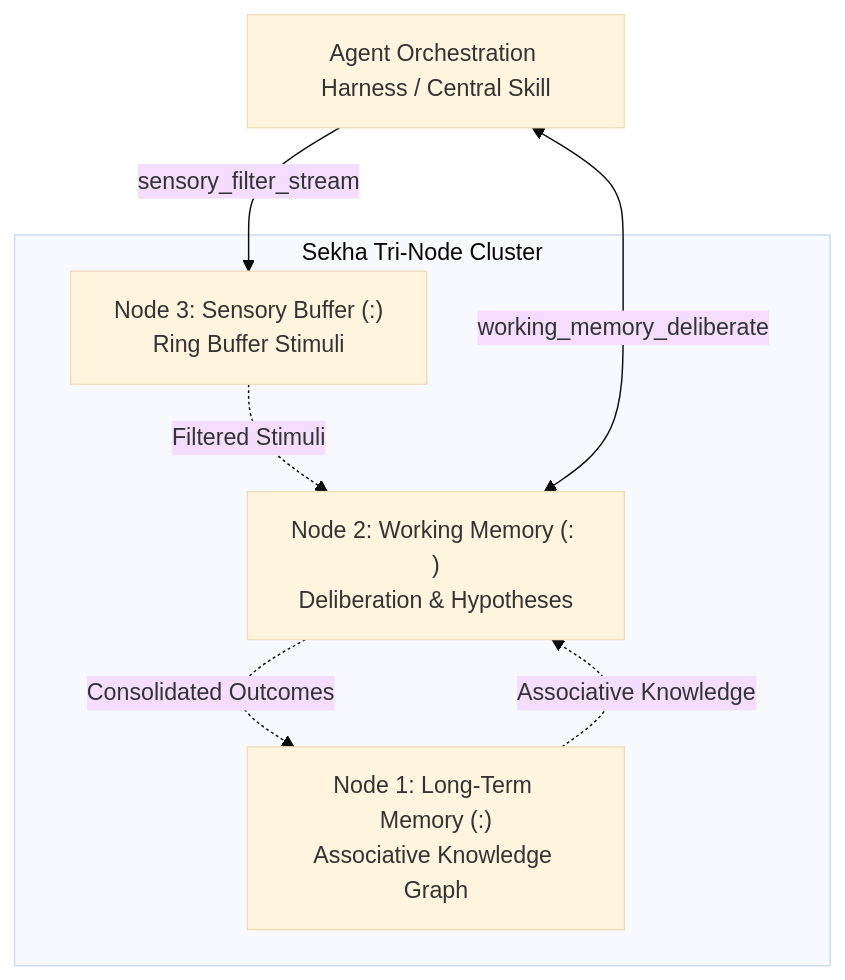
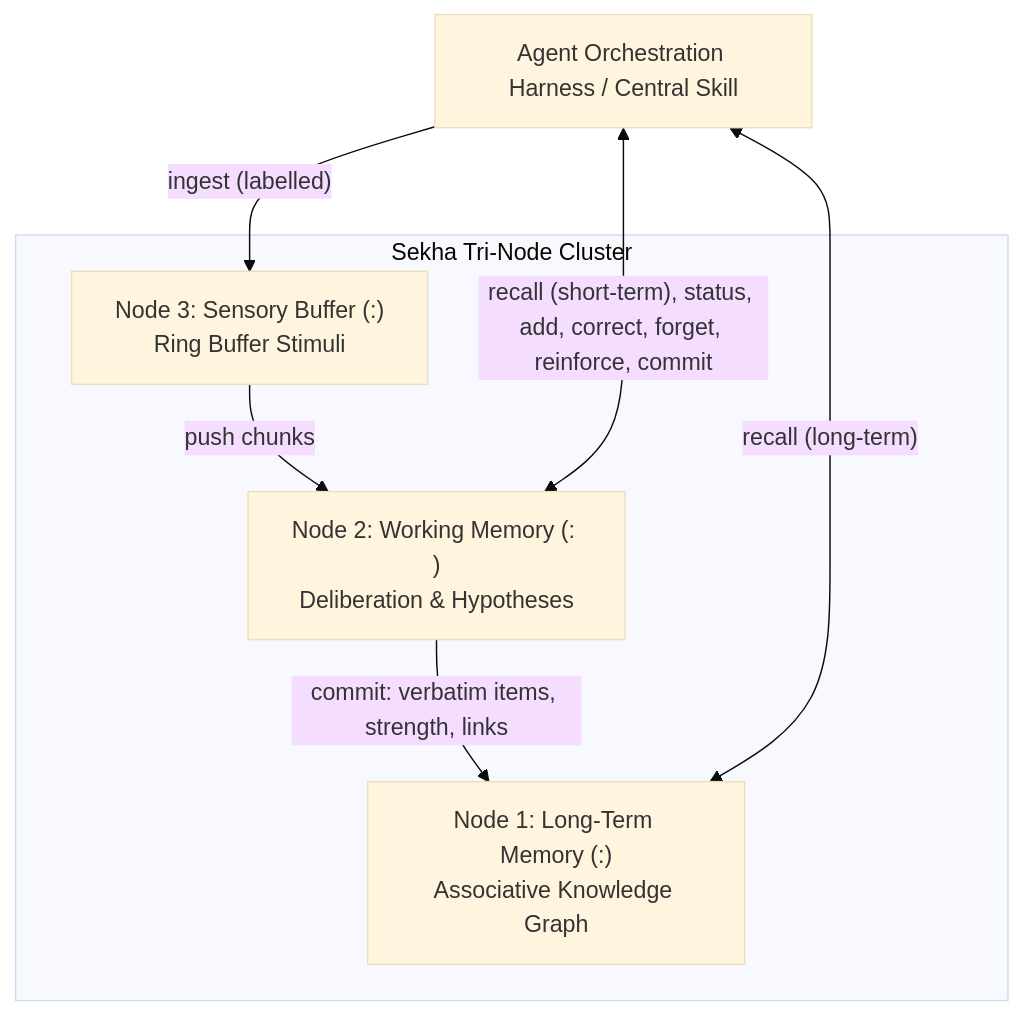
Before and after one commit to Duara-Cortex/sekha-working-scratchpad: the diagram in README.md, drawn with Mermaid (base theme). The commit also changed other lines of this file and 24 other files, not shown here.

First line of the commit message:
feat: Add working memory store and queue (#5)

````diff
--- a/README.md
+++ b/README.md
@@ -17,16 +19,16 @@
 ```mermaid
 graph TD
     Harness[Agent Orchestration Harness / Central Skill]
     
     subgraph Cluster["Sekha Tri-Node Cluster"]
         Node3["Node 3: Sensory Buffer (:<port>)<br>Ring Buffer Stimuli"]
         Node2["Node 2: Working Memory (:<port> )<br>Deliberation & Hypotheses"]
         Node1["Node 1: Long-Term Memory (:<port>)<br>Associative Knowledge Graph"]
     end
     
-    Harness -->|"sensory_filter_stream"| Node3
-    Node3 -.->|"Filtered Stimuli"| Node2
-    Node1 -.->|"Associative Knowledge"| Node2
-    Harness <-->|"working_memory_deliberate"| Node2
-    Node2 -.->|"Consolidated Outcomes"| Node1
+    Harness -->|"ingest (labelled)"| Node3
+    Node3 -->|"push chunks"| Node2
+    Node2 -->|"commit: verbatim items, strength, links"| Node1
+    Harness <-->|"recall (short-term), status, add, correct, forget, reinforce, commit"| Node2
+    Harness <-->|"recall (long-term)"| Node1
 ```
````
